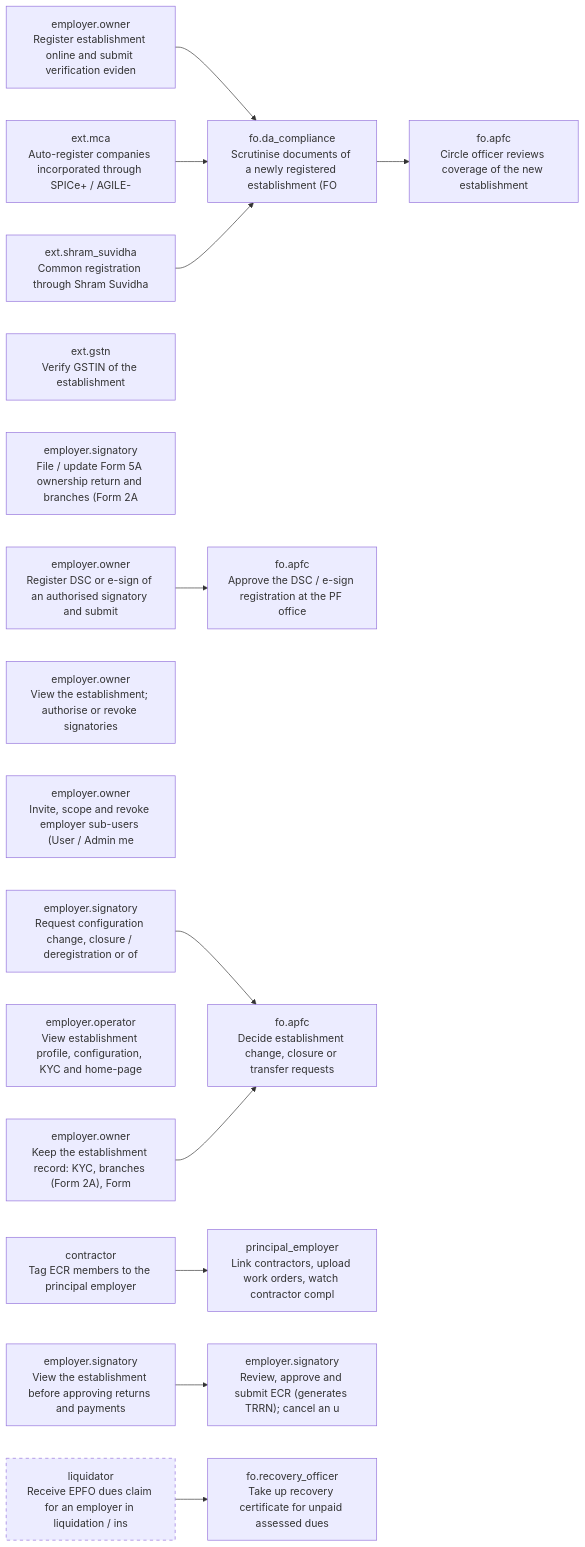
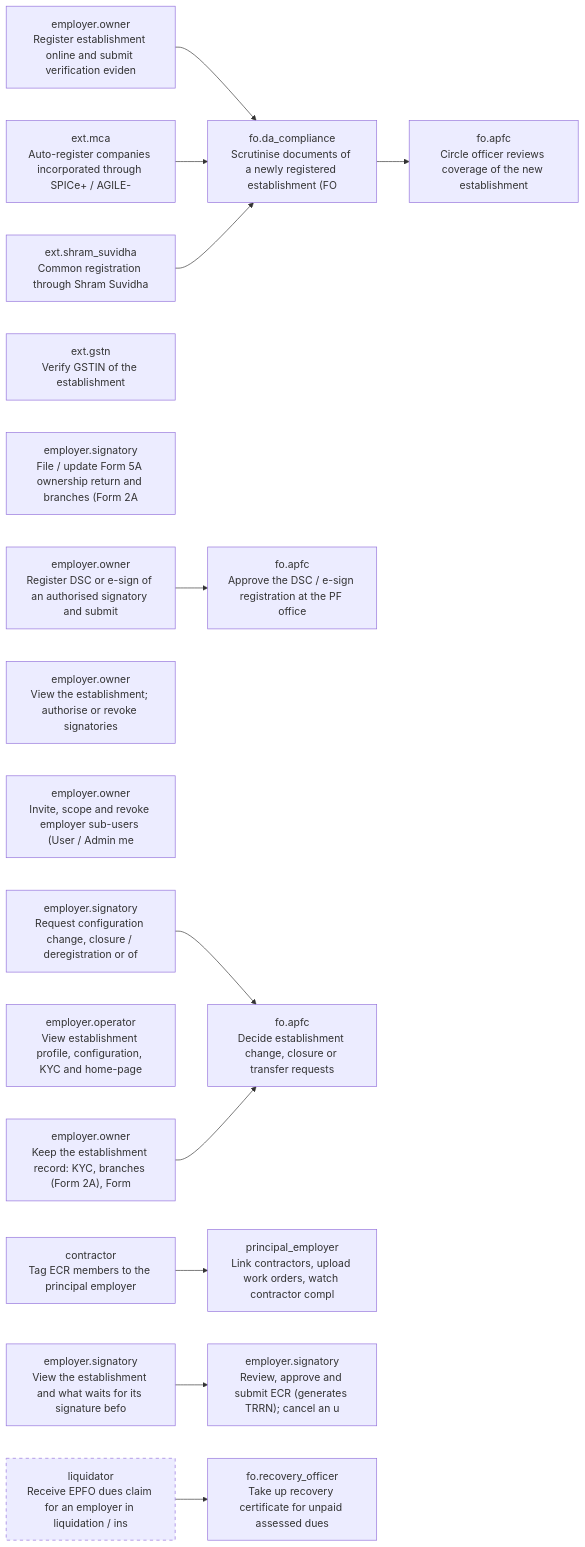
Before and after one commit to gauravmeena0708/pf-life: the first of 14 diagrams in docs/stakeholder-api-sets.md, drawn with Mermaid. The commit also changed other lines of this file and 41 other files, not shown here.

````diff
--- a/docs/stakeholder-api-sets.md
+++ b/docs/stakeholder-api-sets.md
@@ -1395,35 +1401,35 @@
 ```mermaid
 flowchart LR
   F01_register["employer.owner<br/>Register establishment online and submit verification eviden"]
   F01_mca_autoreg["ext.mca<br/>Auto-register companies incorporated through SPICe+ / AGILE-"]
   F01_ssp_reg["ext.shram_suvidha<br/>Common registration through Shram Suvidha"]
   F01_kyc_registry["ext.gstn<br/>Verify GSTIN of the establishment"]
   F01_olre_scrutiny["fo.da_compliance<br/>Scrutinise documents of a newly registered establishment (FO"]
   F01_circle_review["fo.apfc<br/>Circle officer reviews coverage of the new establishment"]
   F01_form5a["employer.signatory<br/>File / update Form 5A ownership return and branches (Form 2A"]
   F01_dsc_register["employer.owner<br/>Register DSC or e-sign of an authorised signatory and submit"]
   F01_dsc_approve["fo.apfc<br/>Approve the DSC / e-sign registration at the PF office"]
   F01_signatories["employer.owner<br/>View the establishment; authorise or revoke signatories"]
   F01_operators["employer.owner<br/>Invite, scope and revoke employer sub-users (User / Admin me"]
-  F01_signatory_profile["employer.signatory<br/>View the establishment before approving returns and payments"]
+  F01_signatory_profile["employer.signatory<br/>View the establishment and what waits for its signature befo"]
   F01_profile["employer.operator<br/>View establishment profile, configuration, KYC and home-page"]
   F01_change_request["employer.signatory<br/>Request configuration change, closure / deregistration or of"]
   F01_change_decide["fo.apfc<br/>Decide establishment change, closure or transfer requests"]
   F01_establishment_owner["employer.owner<br/>Keep the establishment record: KYC, branches (Form 2A), Form"]
   F01_contractors["principal_employer<br/>Link contractors, upload work orders, watch contractor compl"]
   F01_contractor_tag["contractor<br/>Tag ECR members to the principal employer"]
   F01_liquidation["liquidator<br/>Receive EPFO dues claim for an employer in liquidation / ins"]
   style F01_liquidation stroke-dasharray: 5 5
   F01_register --> F01_olre_scrutiny
   F01_mca_autoreg --> F01_olre_scrutiny
   F01_ssp_reg --> F01_olre_scrutiny
   F01_olre_scrutiny --> F01_circle_review
   F01_dsc_register --> F01_dsc_approve
   F03_ecr_approve["employer.signatory<br/>Review, approve and submit ECR (generates TRRN); cancel an u"]
   F01_signatory_profile --> F03_ecr_approve
   F01_change_request --> F01_change_decide
   F01_establishment_owner --> F01_change_decide
   F01_contractor_tag --> F01_contractors
   F06_recovery["fo.recovery_officer<br/>Take up recovery certificate for unpaid assessed dues"]
   F01_liquidation --> F06_recovery
 ```
````
